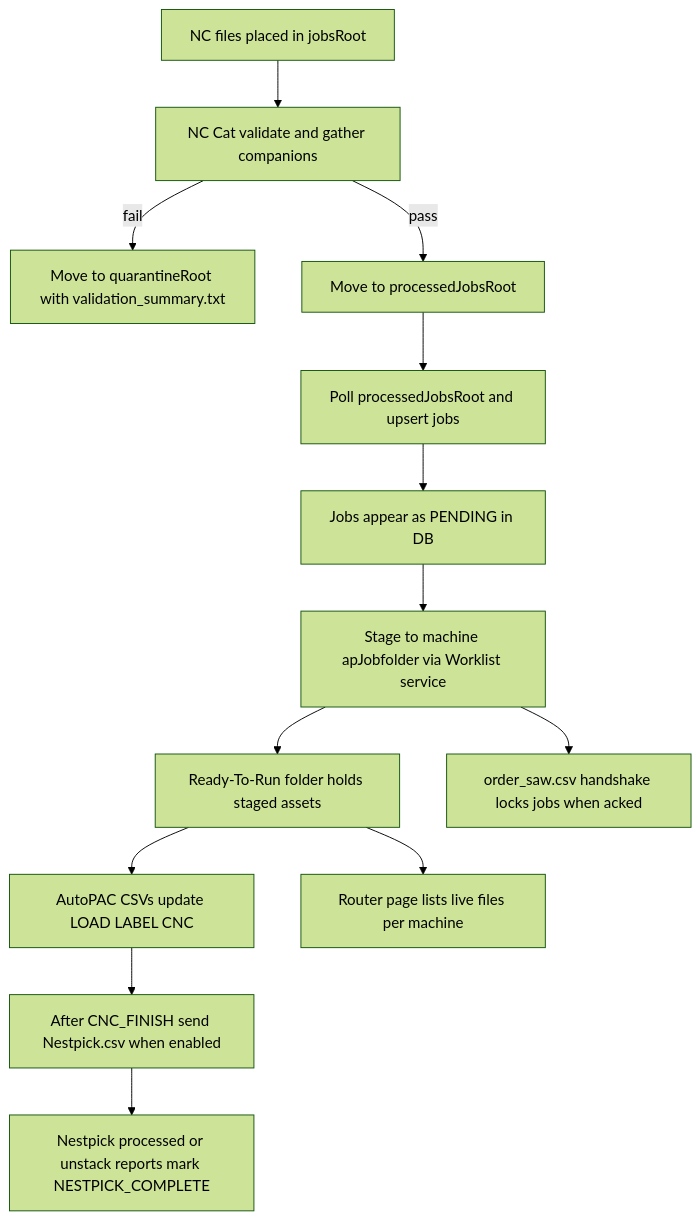
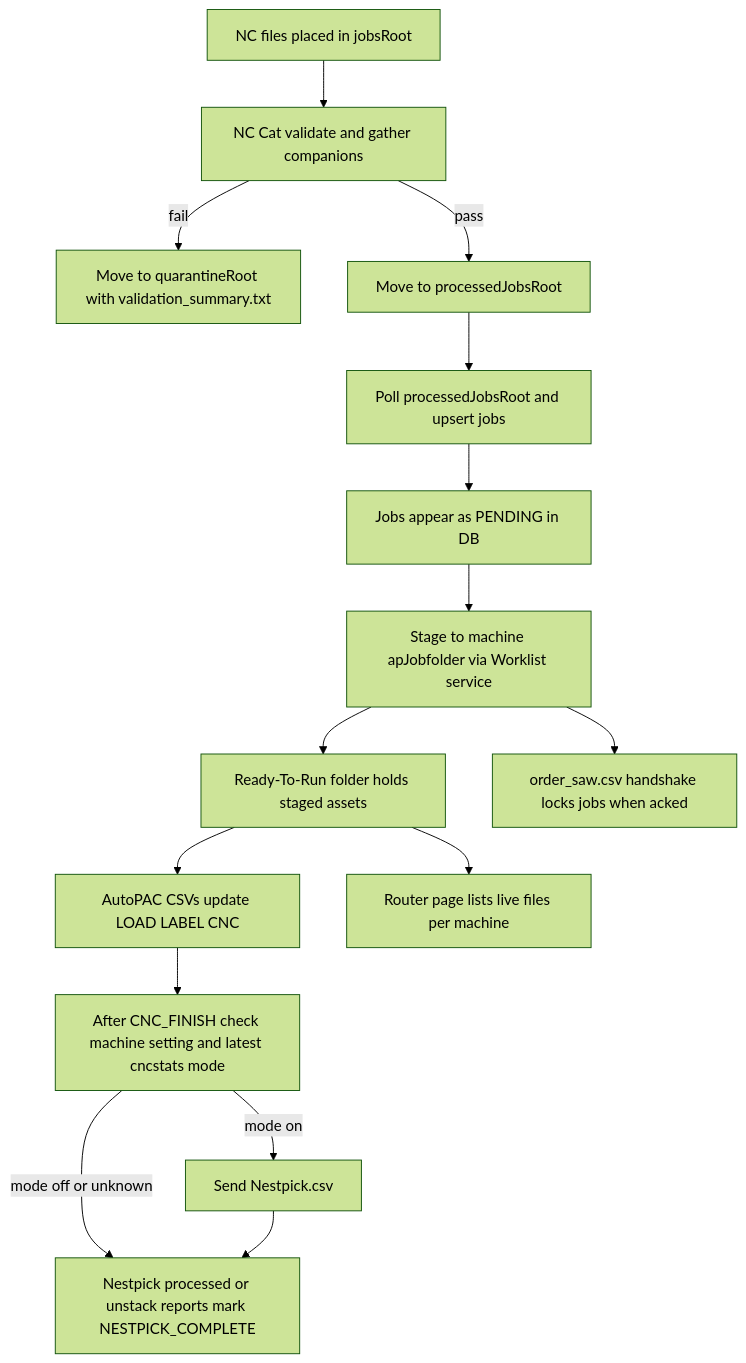
Before and after one commit to mike2153/NestWatcher: the diagram in docs/OPERATIONS_GUIDE.md, drawn with Mermaid (forest theme). The commit also changed other lines of this file and 18 other files, not shown here.

````diff
--- a/docs/OPERATIONS_GUIDE.md
+++ b/docs/OPERATIONS_GUIDE.md
@@ -24,15 +25,17 @@
 ```mermaid
 flowchart TD
   Intake[NC files placed in jobsRoot] --> Validate[NC Cat validate and gather companions]
   Validate -->|fail| Quarantine[Move to quarantineRoot with validation_summary.txt]
   Validate -->|pass| Processed[Move to processedJobsRoot]
   Processed --> Ingest[Poll processedJobsRoot and upsert jobs]
   Ingest --> Pending[Jobs appear as PENDING in DB]
   Pending --> Stage[Stage to machine apJobfolder via Worklist service]
   Stage --> Ready[Ready-To-Run folder holds staged assets]
   Ready --> AutoPAC[AutoPAC CSVs update LOAD LABEL CNC]
-  AutoPAC --> NestSend[After CNC_FINISH send Nestpick.csv when enabled]
+  AutoPAC --> NestDecision[After CNC_FINISH check machine setting and latest cncstats mode]
+  NestDecision -->|mode on| NestSend[Send Nestpick.csv]
+  NestDecision -->|mode off or unknown| NestDone[Mark NESTPICK_COMPLETE]
   NestSend --> NestDone[Nestpick processed or unstack reports mark NESTPICK_COMPLETE]
   Stage --> Grundner[order_saw.csv handshake locks jobs when acked]
   Ready --> Router[Router page lists live files per machine]
 ```
````
